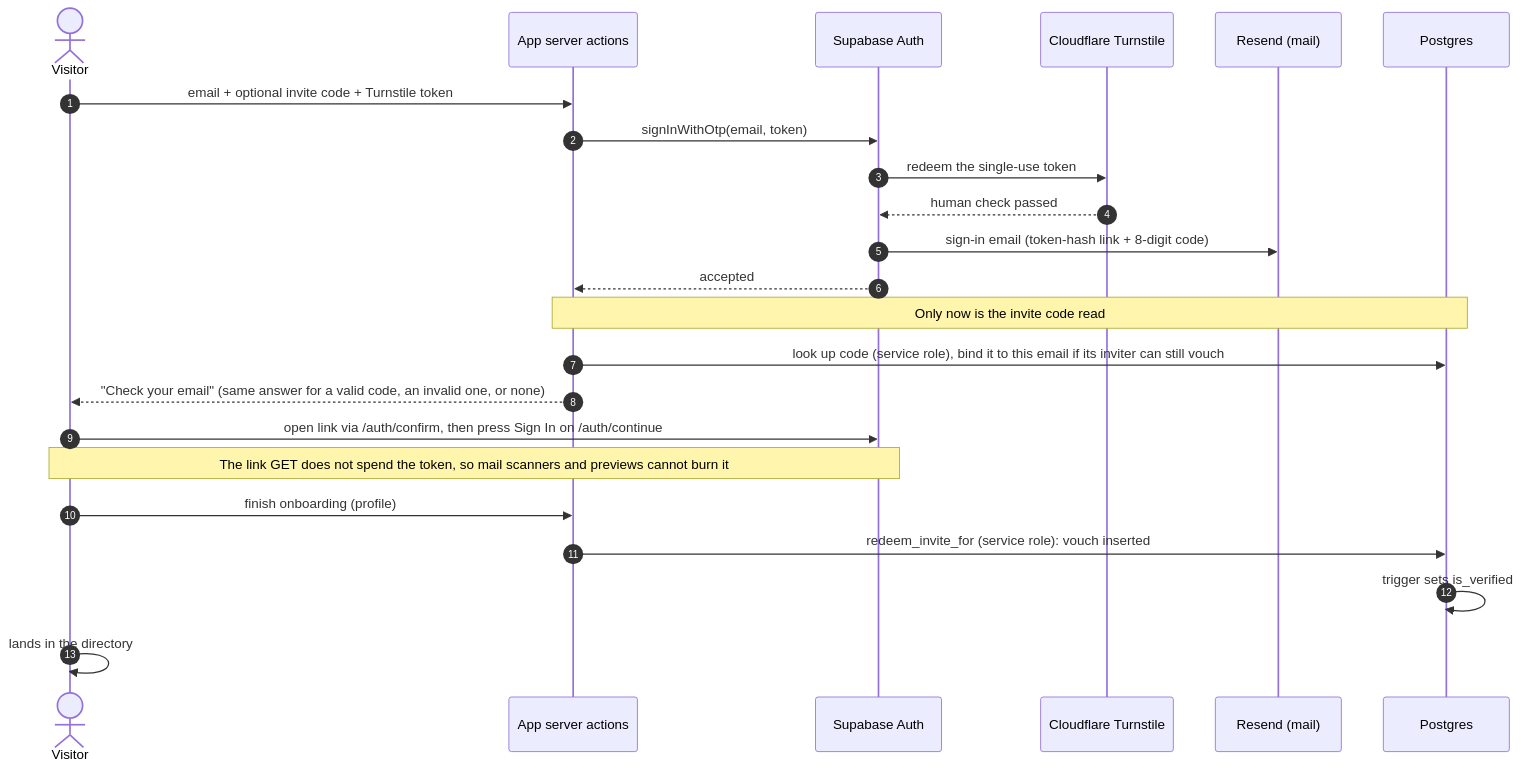
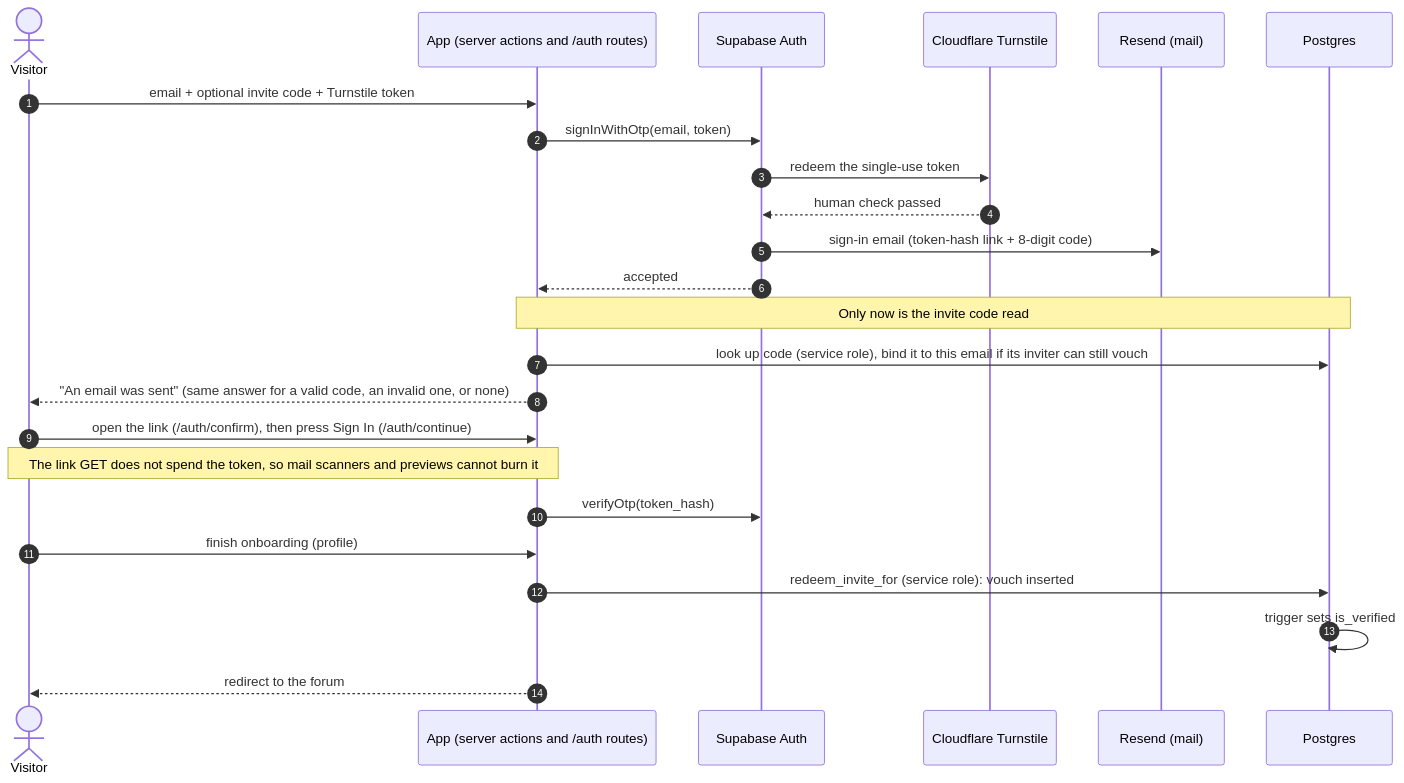
One commit to AIJSAI/on-the-lees-showcase changed the second of 5 diagrams in docs/architecture.md. Above: the diagram before and after it, drawn with Mermaid. The commit also changed other lines of this file and 3 other files, not shown here.

````diff
--- a/docs/architecture.md
+++ b/docs/architecture.md
@@ -41,26 +39,27 @@
 ```mermaid
 sequenceDiagram
     autonumber
     actor V as Visitor
-    participant J as App server actions
+    participant J as App (server actions and /auth routes)
     participant A as Supabase Auth
     participant T as Cloudflare Turnstile
     participant M as Resend (mail)
     participant DB as Postgres
 
     V->>J: email + optional invite code + Turnstile token
     J->>A: signInWithOtp(email, token)
     A->>T: redeem the single-use token
     T-->>A: human check passed
     A->>M: sign-in email (token-hash link + 8-digit code)
     A-->>J: accepted
     Note over J,DB: Only now is the invite code read
     J->>DB: look up code (service role), bind it to this email if its inviter can still vouch
-    J-->>V: "Check your email" (same answer for a valid code, an invalid one, or none)
-    V->>A: open link via /auth/confirm, then press Sign In on /auth/continue
-    Note over V,A: The link GET does not spend the token, so mail scanners and previews cannot burn it
+    J-->>V: "An email was sent" (same answer for a valid code, an invalid one, or none)
+    V->>J: open the link (/auth/confirm), then press Sign In (/auth/continue)
+    Note over V,J: The link GET does not spend the token, so mail scanners and previews cannot burn it
+    J->>A: verifyOtp(token_hash)
     V->>J: finish onboarding (profile)
     J->>DB: redeem_invite_for (service role): vouch inserted
     DB->>DB: trigger sets is_verified
-    V->>V: lands in the directory
+    J-->>V: redirect to the forum
 ```
````
